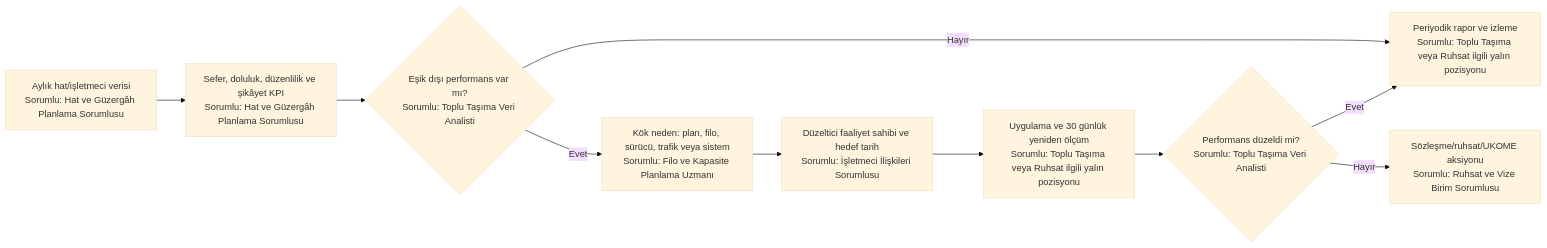
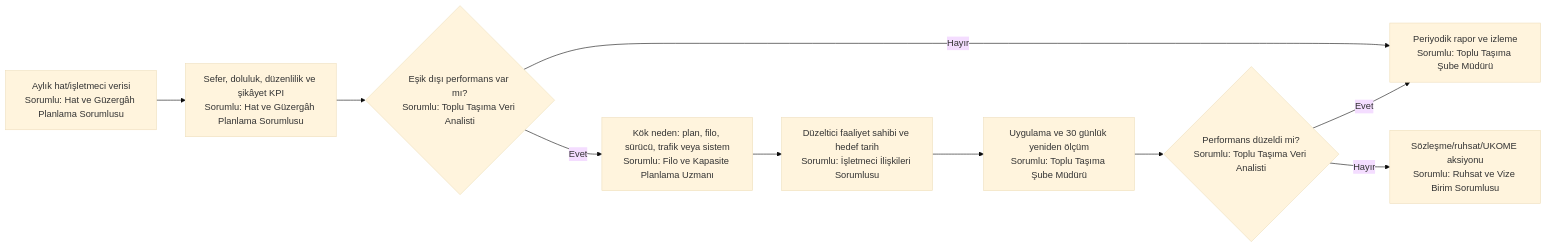
One commit to merdaergen-create/Ulasim_Dairesi_Is_Analizi changed the fifth of 5 diagrams in 11_yalin_surec_haritalari_sorumlulari_belirtilmis/toplu_ulasim/README.md. Above: the diagram before and after it, drawn with Mermaid (base theme). The commit also changed other lines of this file and 9 other files, not shown here.

Commit message:
Yalın süreç haritalarını koruyarak kesin sorumlu pozisyonları ekle

````diff
--- a/11_yalin_surec_haritalari_sorumlulari_belirtilmis/toplu_ulasim/README.md
+++ b/11_yalin_surec_haritalari_sorumlulari_belirtilmis/toplu_ulasim/README.md
@@ -148,12 +148,12 @@
 ```mermaid
 flowchart LR
     A[Aylık hat/işletmeci verisi<br/>Sorumlu: Hat ve Güzergâh Planlama Sorumlusu] --> B[Sefer, doluluk, düzenlilik ve şikâyet KPI<br/>Sorumlu: Hat ve Güzergâh Planlama Sorumlusu]
     B --> C{Eşik dışı performans var mı?<br/>Sorumlu: Toplu Taşıma Veri Analisti}
-    C -- Hayır --> D[Periyodik rapor ve izleme<br/>Sorumlu: Toplu Taşıma veya Ruhsat ilgili yalın pozisyonu]
+    C -- Hayır --> D[Periyodik rapor ve izleme<br/>Sorumlu: Toplu Taşıma Şube Müdürü]
     C -- Evet --> E[Kök neden: plan, filo, sürücü, trafik veya sistem<br/>Sorumlu: Filo ve Kapasite Planlama Uzmanı]
     E --> F[Düzeltici faaliyet sahibi ve hedef tarih<br/>Sorumlu: İşletmeci İlişkileri Sorumlusu]
-    F --> G[Uygulama ve 30 günlük yeniden ölçüm<br/>Sorumlu: Toplu Taşıma veya Ruhsat ilgili yalın pozisyonu]
+    F --> G[Uygulama ve 30 günlük yeniden ölçüm<br/>Sorumlu: Toplu Taşıma Şube Müdürü]
     G --> H{Performans düzeldi mi?<br/>Sorumlu: Toplu Taşıma Veri Analisti}
     H -- Hayır --> I[Sözleşme/ruhsat/UKOME aksiyonu<br/>Sorumlu: Ruhsat ve Vize Birim Sorumlusu]
     H -- Evet --> D
 ```
````
